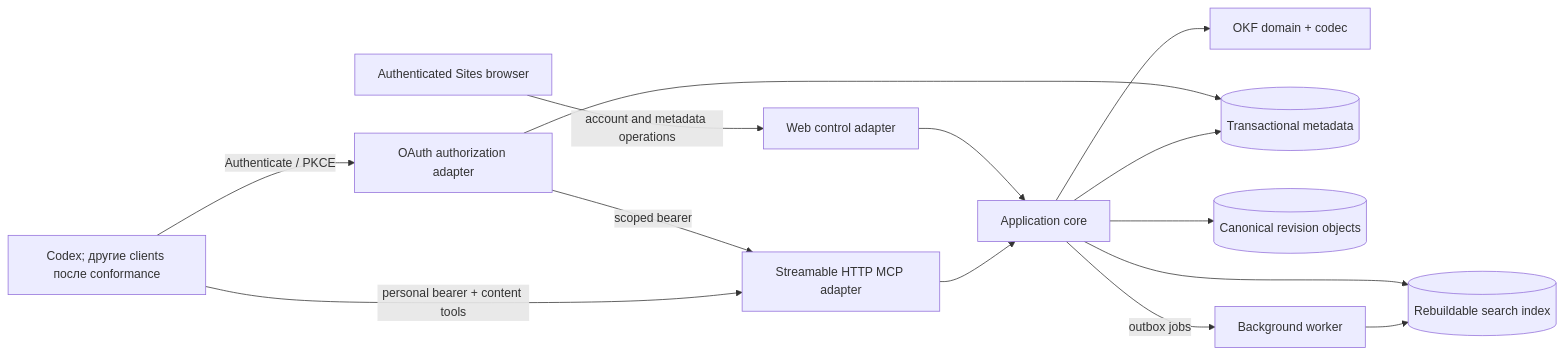
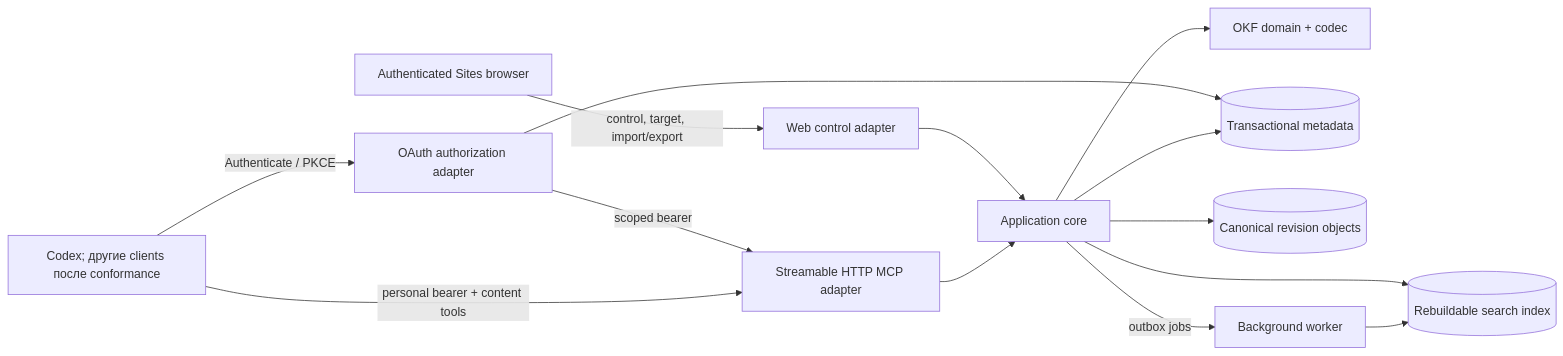
One commit to xxsrez/MindDiary changed the first of 2 diagrams in docs/architecture.md. Above: the diagram before and after it, drawn with Mermaid. The commit also changed other lines of this file and 14 other files, not shown here.

````diff
--- a/docs/architecture.md
+++ b/docs/architecture.md
@@ -73,28 +100,28 @@
 ```mermaid
 flowchart LR
     Browser["Authenticated Sites browser"]
     Agent["Codex; другие clients после conformance"]
     OAuth["OAuth authorization adapter"]
     Web["Web control adapter"]
     MCP["Streamable HTTP MCP adapter"]
     Core["Application core"]
     Codec["OKF domain + codec"]
     Meta[("Transactional metadata")]
     Canon[("Canonical revision objects")]
     Index[("Rebuildable search index")]
     Worker["Background worker"]
 
-    Browser -->|"account and metadata operations"| Web
+    Browser -->|"control, target, import/export"| Web
     Agent -->|"Authenticate / PKCE"| OAuth
     OAuth -->|"scoped bearer"| MCP
     Agent -->|"personal bearer + content tools"| MCP
     OAuth --> Meta
     Web --> Core
     MCP --> Core
     Core --> Codec
     Core --> Meta
     Core --> Canon
     Core --> Index
     Core -->|"outbox jobs"| Worker
     Worker --> Index
 ```
````
